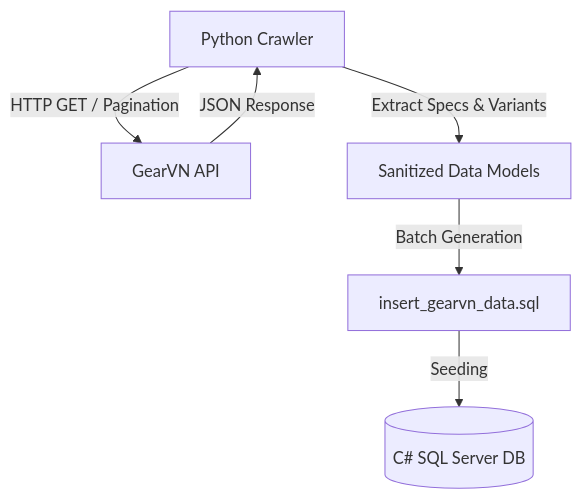
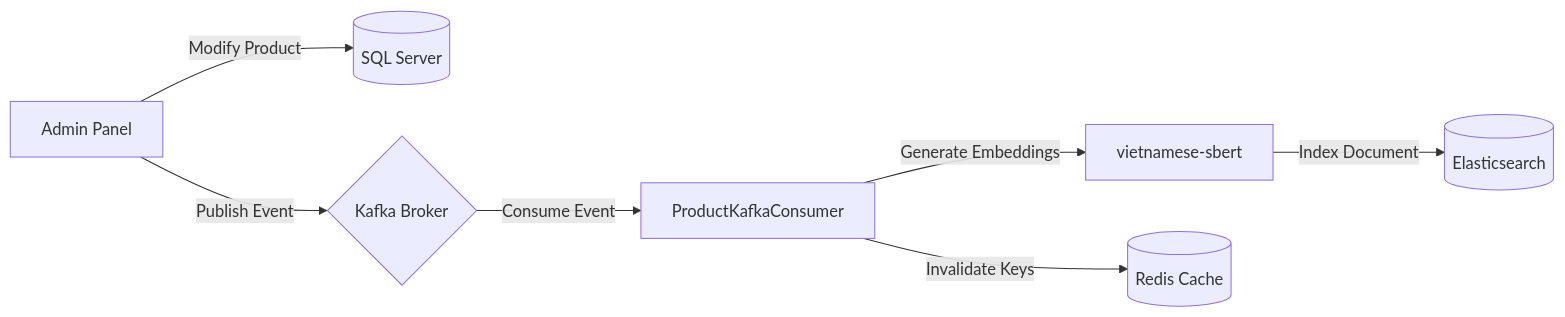
One commit to chuong1210/VShop changed the seventh of 10 diagrams in README.md. Above: the diagram before and after it, drawn with Mermaid. The commit also changed other lines of this file, not shown here.

Commit message:
docs: update README documentation to detail new Kafka, Redis, RAG agentic architecture, and dual-vector Elasticsearch implementation.

````diff
--- a/README.md
+++ b/README.md
@@ -199,8 +256,9 @@
 ```mermaid
-graph TD
-    Scraper[Python Crawler] -->|HTTP GET / Pagination| API[GearVN API]
-    API -->|JSON Response| Scraper
-    Scraper -->|Extract Specs & Variants| Data[Sanitized Data Models]
-    Data -->|Batch Generation| SQL[insert_gearvn_data.sql]
-    SQL -->|Seeding| MSSQL[(C# SQL Server DB)]
+flowchart LR
+    Admin[Admin Panel] -->|Modify Product| SQL[(SQL Server)]
+    Admin -->|Publish Event| Kafka{Kafka Broker}
+    Kafka -->|Consume Event| Consumer[ProductKafkaConsumer]
+    Consumer -->|Generate Embeddings| SBERT[vietnamese-sbert]
+    SBERT -->|Index Document| ES[(Elasticsearch)]
+    Consumer -->|Invalidate Keys| Redis[(Redis Cache)]
 ```
````
